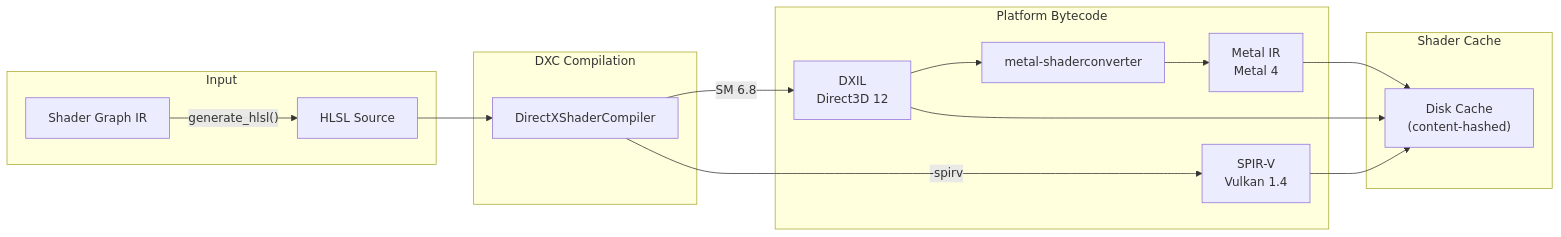
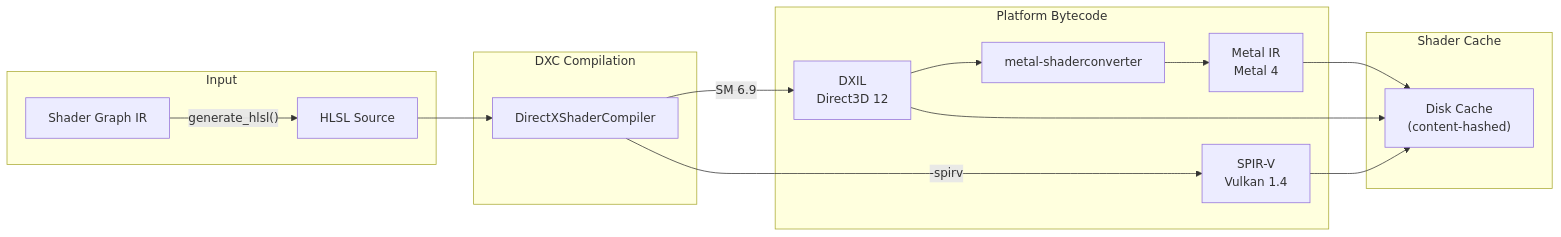
Before and after one commit to harmonius-dev/harmonius: the third of 9 diagrams in docs/design/shader-pipeline.md, drawn with Mermaid. The commit also changed 7 other files, not shown here.

````diff
--- a/docs/design/shader-pipeline.md
+++ b/docs/design/shader-pipeline.md
@@ -204,31 +204,31 @@
 ```mermaid
 flowchart LR
     subgraph input["Input"]
         HLSL["HLSL Source"]
         SG_IR["Shader Graph IR"]
     end
 
     subgraph dxc_stage["DXC Compilation"]
         DXC["DirectXShaderCompiler"]
     end
 
     subgraph outputs["Platform Bytecode"]
         DXIL["DXIL<br/>Direct3D 12"]
         SPIRV["SPIR-V<br/>Vulkan 1.4"]
         MSC["metal-shaderconverter"]
         MetalIR["Metal IR<br/>Metal 4"]
     end
 
     subgraph cache["Shader Cache"]
         DiskCache["Disk Cache<br/>(content-hashed)"]
     end
 
     SG_IR -->|"generate_hlsl()"| HLSL
     HLSL --> DXC
-    DXC -->|"SM 6.8"| DXIL
+    DXC -->|"SM 6.9"| DXIL
     DXC -->|"-spirv"| SPIRV
     DXIL --> MSC --> MetalIR
     DXIL --> DiskCache
     SPIRV --> DiskCache
     MetalIR --> DiskCache
 ```
````
